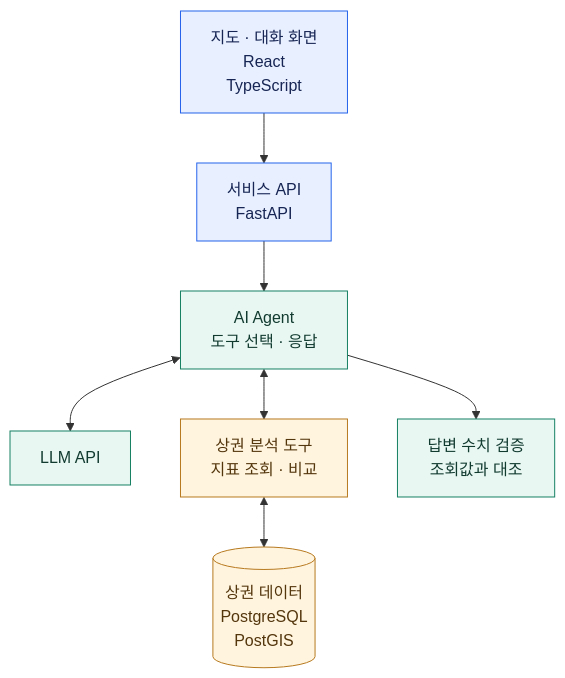
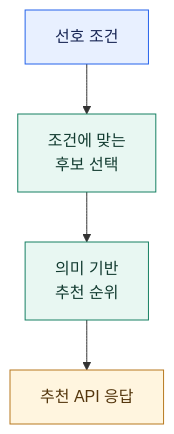
One commit to SJayKim/SJayKim changed the eighth of 9 diagrams in README.md. Above: the diagram before and after it, drawn with Mermaid. The commit also changed other lines of this file, not shown here.

````diff
--- a/README.md
+++ b/README.md
@@ -29,16 +225,13 @@
 ```mermaid
 flowchart TB
-    UI["지도 · 대화 화면<br/>React<br/>TypeScript"] --> API["서비스 API<br/>FastAPI"]
-    API --> AGENT["AI Agent<br/>도구 선택 · 응답"]
-    AGENT <--> LLM["LLM API"]
-    AGENT <--> TOOLS["상권 분석 도구<br/>지표 조회 · 비교"]
-    TOOLS <--> DB[("상권 데이터<br/>PostgreSQL<br/>PostGIS")]
-    AGENT --> GUARD["답변 수치 검증<br/>조회값과 대조"]
+    PREF["선호 조건"] --> FILTER["조건에 맞는<br/>후보 선택"]
+    FILTER --> RANK["의미 기반<br/>추천 순위"]
+    RANK --> API["추천 API 응답"]
 
-    classDef ui fill:#e8f0ff,stroke:#2563eb,color:#172554
-    classDef ai fill:#e8f7f2,stroke:#168063,color:#123b30
-    classDef data fill:#fff5df,stroke:#b7791f,color:#54360d
-    class UI,API ui
-    class AGENT,LLM,GUARD ai
-    class TOOLS,DB data
+    classDef input fill:#e8f0ff,stroke:#2563eb,color:#172554
+    classDef work fill:#e8f7f2,stroke:#168063,color:#123b30
+    classDef result fill:#fff5df,stroke:#b7791f,color:#54360d
+    class PREF input
+    class FILTER,RANK work
+    class API result
 ```
````
